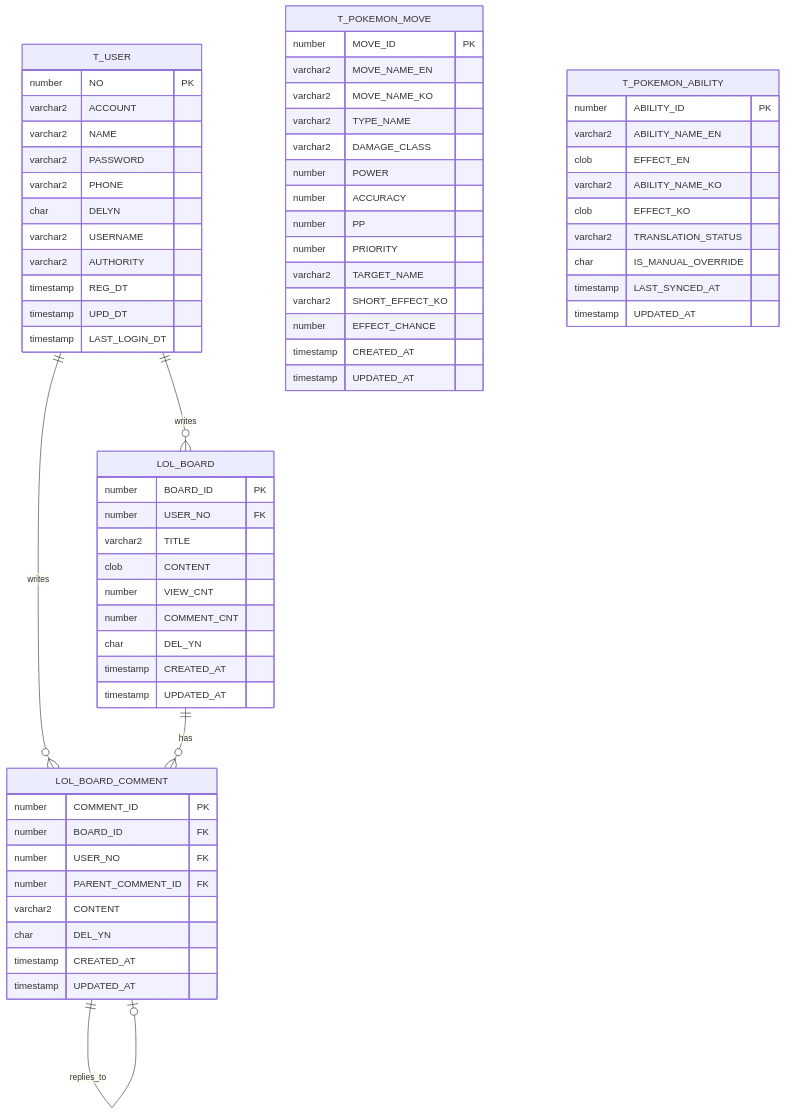
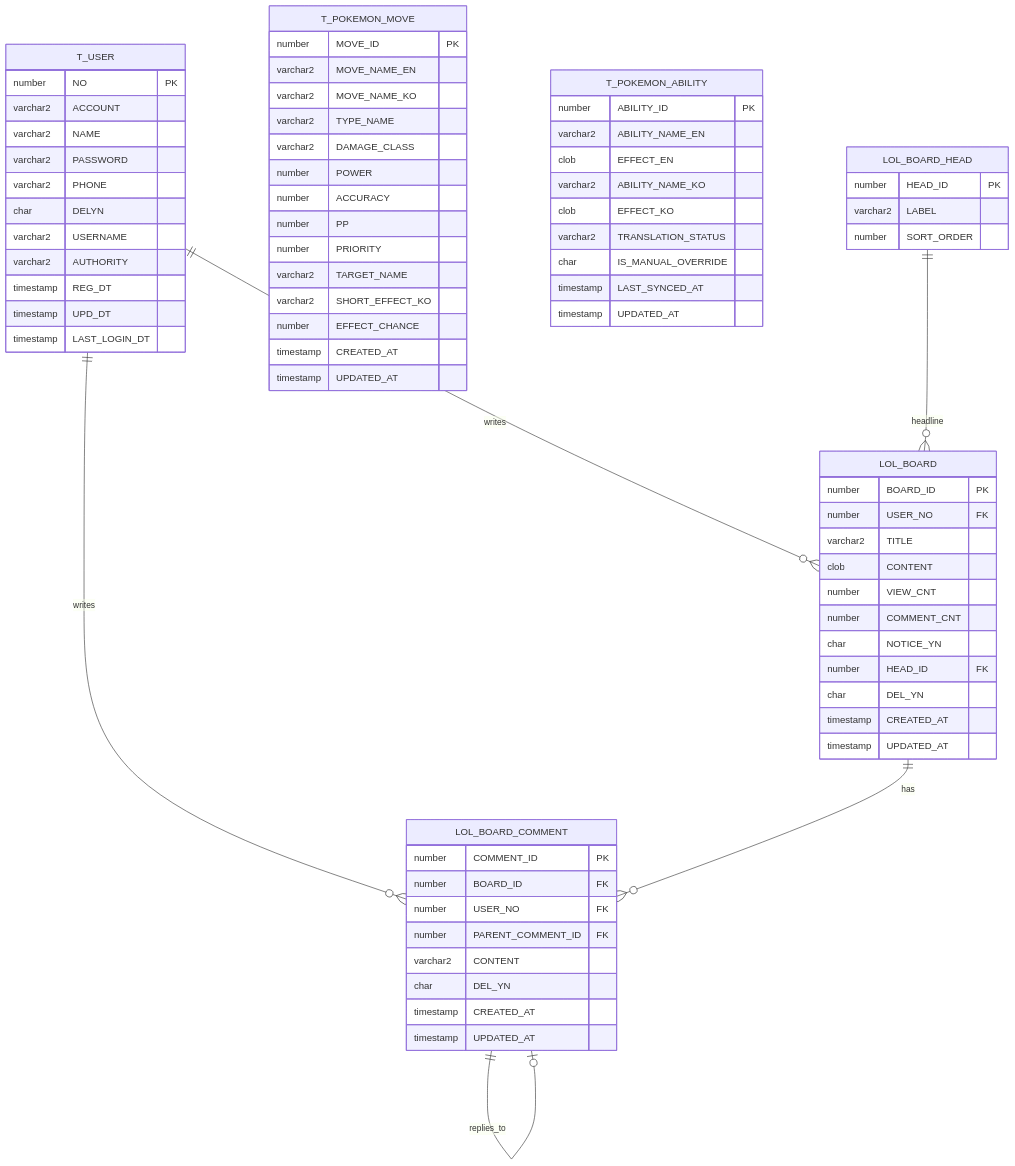
Before and after one commit to Helicorn/calculator_of_waldo: the diagram in docs/schema.md, drawn with Mermaid. The commit also changed other lines of this file and 18 other files, not shown here.

````diff
--- a/docs/schema.md
+++ b/docs/schema.md
@@ -18,68 +18,76 @@
 ```mermaid
 erDiagram
   T_USER {
     number NO PK
     varchar2 ACCOUNT
     varchar2 NAME
     varchar2 PASSWORD
     varchar2 PHONE
     char DELYN
     varchar2 USERNAME
     varchar2 AUTHORITY
     timestamp REG_DT
     timestamp UPD_DT
     timestamp LAST_LOGIN_DT
   }
   T_POKEMON_MOVE {
     number MOVE_ID PK
     varchar2 MOVE_NAME_EN
     varchar2 MOVE_NAME_KO
     varchar2 TYPE_NAME
     varchar2 DAMAGE_CLASS
     number POWER
     number ACCURACY
     number PP
     number PRIORITY
     varchar2 TARGET_NAME
     varchar2 SHORT_EFFECT_KO
     number EFFECT_CHANCE
     timestamp CREATED_AT
     timestamp UPDATED_AT
   }
   T_POKEMON_ABILITY {
     number ABILITY_ID PK
     varchar2 ABILITY_NAME_EN
     clob EFFECT_EN
     varchar2 ABILITY_NAME_KO
     clob EFFECT_KO
     varchar2 TRANSLATION_STATUS
     char IS_MANUAL_OVERRIDE
     timestamp LAST_SYNCED_AT
     timestamp UPDATED_AT
   }
+  LOL_BOARD_HEAD {
+    number HEAD_ID PK
+    varchar2 LABEL
+    number SORT_ORDER
+  }
   LOL_BOARD {
     number BOARD_ID PK
     number USER_NO FK
     varchar2 TITLE
     clob CONTENT
     number VIEW_CNT
     number COMMENT_CNT
+    char NOTICE_YN
+    number HEAD_ID FK
     char DEL_YN
     timestamp CREATED_AT
     timestamp UPDATED_AT
   }
   LOL_BOARD_COMMENT {
     number COMMENT_ID PK
     number BOARD_ID FK
     number USER_NO FK
     number PARENT_COMMENT_ID FK
     varchar2 CONTENT
     char DEL_YN
     timestamp CREATED_AT
     timestamp UPDATED_AT
   }
   T_USER ||--o{ LOL_BOARD : writes
   T_USER ||--o{ LOL_BOARD_COMMENT : writes
+  LOL_BOARD_HEAD ||--o{ LOL_BOARD : headline
   LOL_BOARD ||--o{ LOL_BOARD_COMMENT : has
   LOL_BOARD_COMMENT ||--o| LOL_BOARD_COMMENT : replies_to
 ```
````
